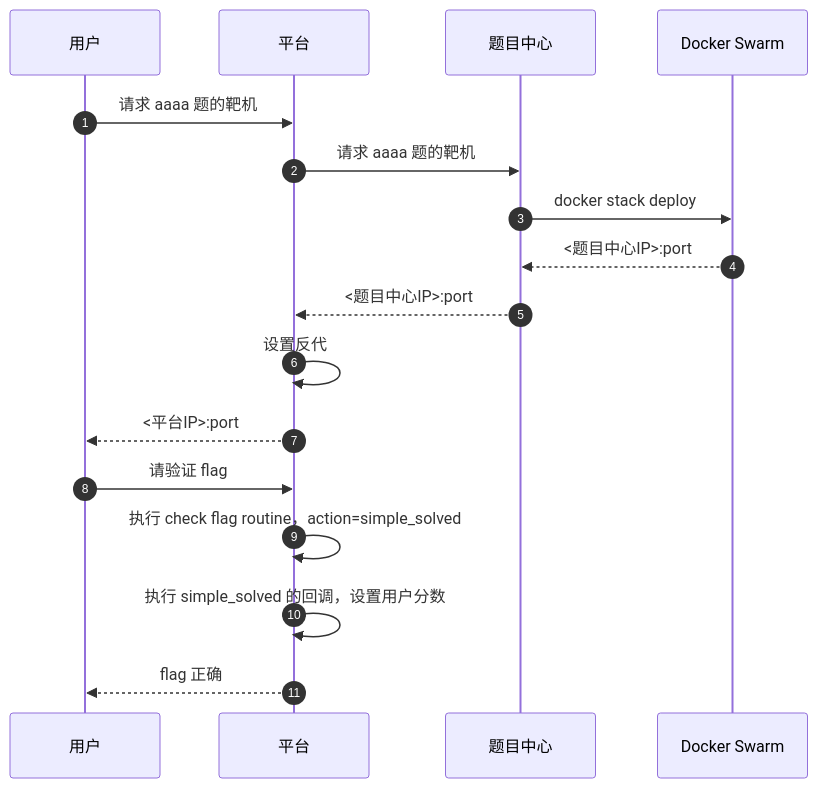
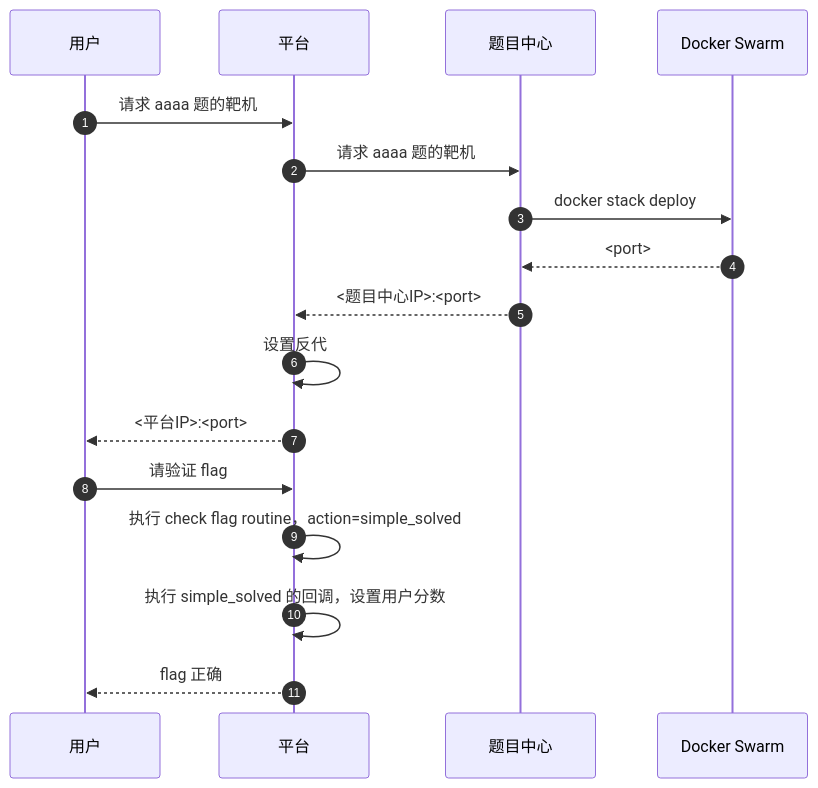
One commit to 7Hxz233/Cranberry-Document changed the first of 5 diagrams in content/docs/blog/模块设计/index.md. Above: the diagram before and after it, drawn with Mermaid. The commit also changed other lines of this file and 4 other files, not shown here.

````diff
--- a/content/docs/blog/模块设计/index.md
+++ b/content/docs/blog/模块设计/index.md
@@ -64,15 +64,15 @@
 ```mermaid
 sequenceDiagram
     autonumber
     用户->>平台: 请求 aaaa 题的靶机
     平台->>题目中心: 请求 aaaa 题的靶机
     题目中心->>Docker Swarm: docker stack deploy
-    Docker Swarm-->>题目中心: <题目中心IP>:port
-    题目中心-->>平台: <题目中心IP>:port
+    Docker Swarm-->>题目中心: <port>
+    题目中心-->>平台: <题目中心IP>:<port>
     平台->>平台: 设置反代
-    平台-->>用户: <平台IP>:port
+    平台-->>用户: <平台IP>:<port>
     用户->>平台: 请验证 flag
     平台->>平台: 执行 check flag routine，action=simple_solved
     平台->>平台: 执行 simple_solved 的回调，设置用户分数
     平台-->>用户: flag 正确
 ```
````
